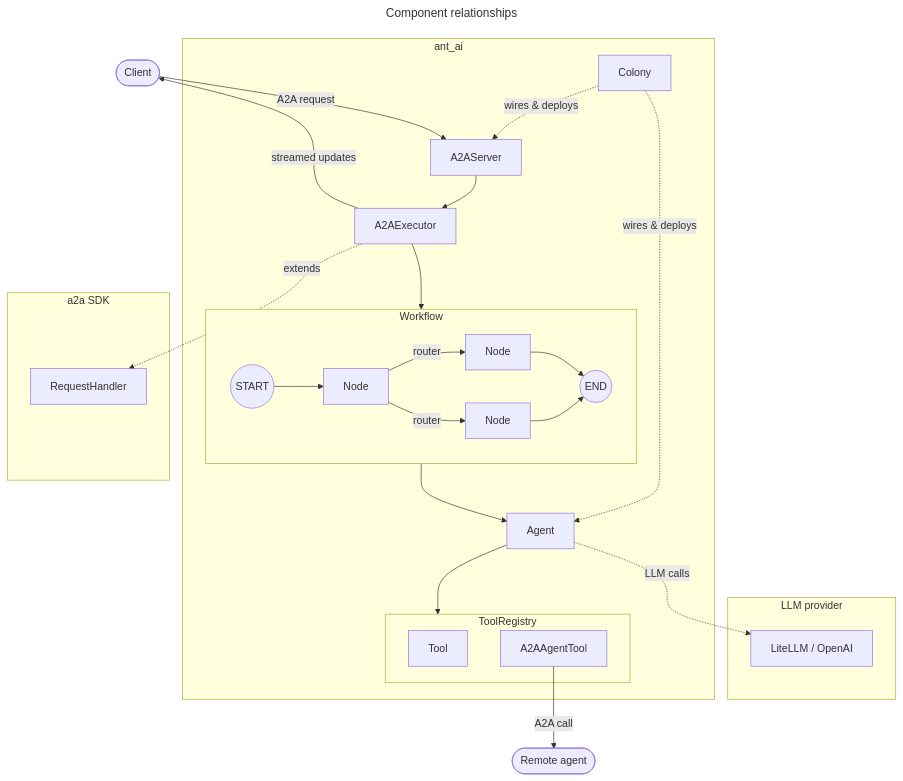
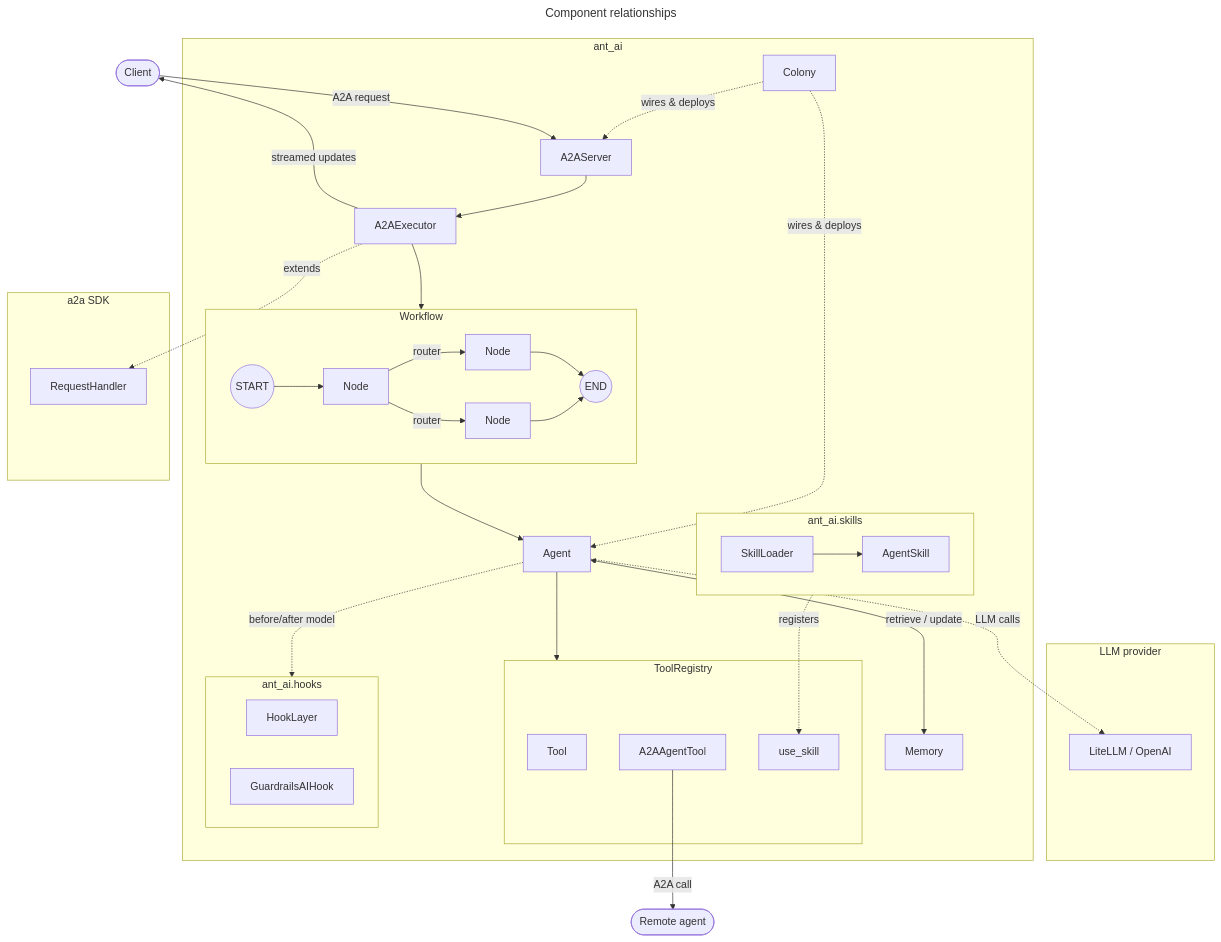
One commit to idea-idsia/ant-ai changed the first of 2 diagrams in docs/docs/architecture/index.md. Above: the diagram before and after it, drawn with Mermaid. The commit also changed other lines of this file, not shown here.

Commit message:
docs(architecture): add skills, memory, and hooks to architecture table and diagram

````diff
--- a/docs/docs/architecture/index.md
+++ b/docs/docs/architecture/index.md
@@ -22,50 +25,65 @@
 ```mermaid
 ---
 title: Component relationships
 ---
 flowchart TD
     Client(["Client"])
     Remote(["Remote agent"])
 
     subgraph ext_llm["LLM provider"]
         LLM["LiteLLM / OpenAI"]
     end
 
     subgraph hm["ant_ai"]
         Colony["Colony"]
         A2AS["A2AServer"]
         Exec["A2AExecutor"]
         Agent["Agent"]
+        Memory["Memory"]
 
         subgraph reg["ToolRegistry"]
             Tool["Tool"]
             A2AT["A2AAgentTool"]
+            SkillTool["use_skill"]
         end
 
         subgraph wf["Workflow"]
             direction LR
             S(("START")) --> N1["Node"]
             N1 -->|router| N2["Node"]
             N1 -->|router| N3["Node"]
             N2 --> E(("END"))
             N3 --> E
         end
 
+        subgraph skills["ant_ai.skills"]
+            direction LR
+            SkillLoader["SkillLoader"] --> AgentSkill["AgentSkill"]
+        end
+
+        subgraph hooks_sub["ant_ai.hooks"]
+            HookLayer["HookLayer"]
+            GuardrailsHook["GuardrailsAIHook"]
+        end
+
         Colony -.->|"wires & deploys"| A2AS
         Colony -.->|"wires & deploys"| Agent
         A2AS --> Exec
         Exec --> wf
         wf --> Agent
         Agent --> reg
+        AgentSkill -.->|"registers"| SkillTool
+        Agent <-->|"retrieve / update"| Memory
+        Agent -.->|"before/after model"| hooks_sub
     end
 
     subgraph ext_a2a["a2a SDK"]
         SDK["RequestHandler"]
     end
 
     Client -->|"A2A request"| A2AS
     Exec -.->|"extends"| SDK
     Agent -.->|"LLM calls"| LLM
     A2AT -->|"A2A call"| Remote
     Exec -->|"streamed updates"| Client
 ```
````
